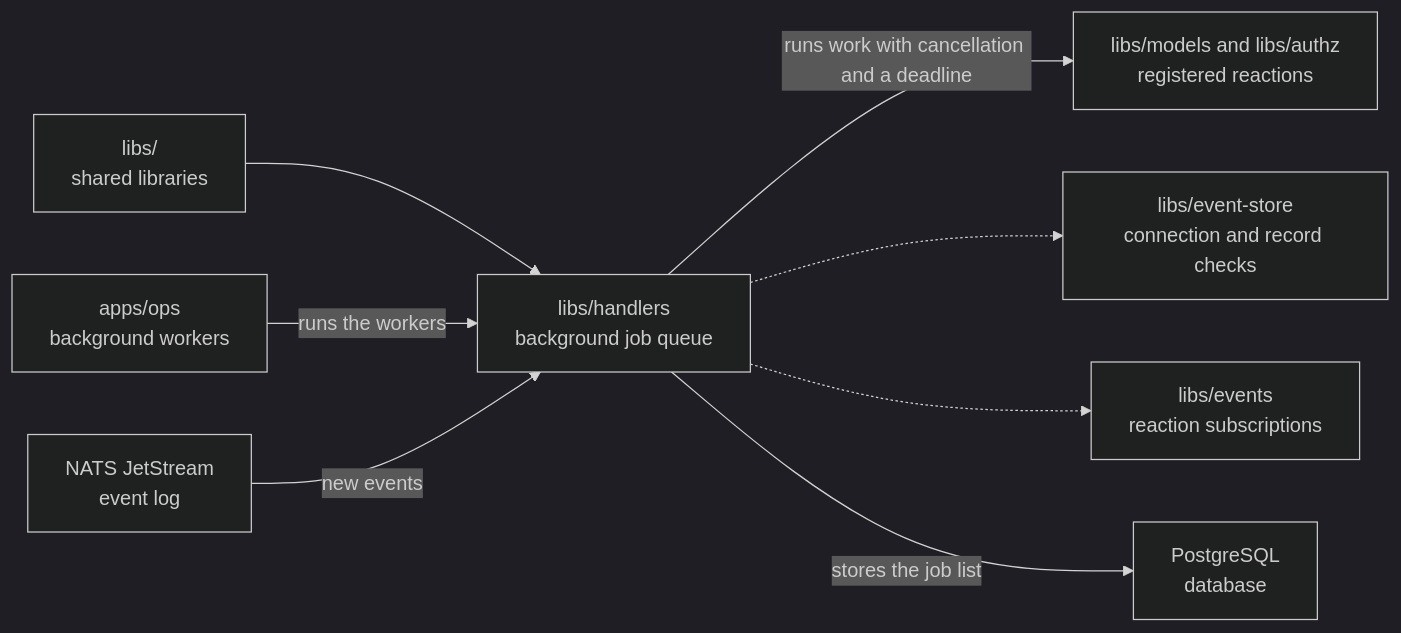
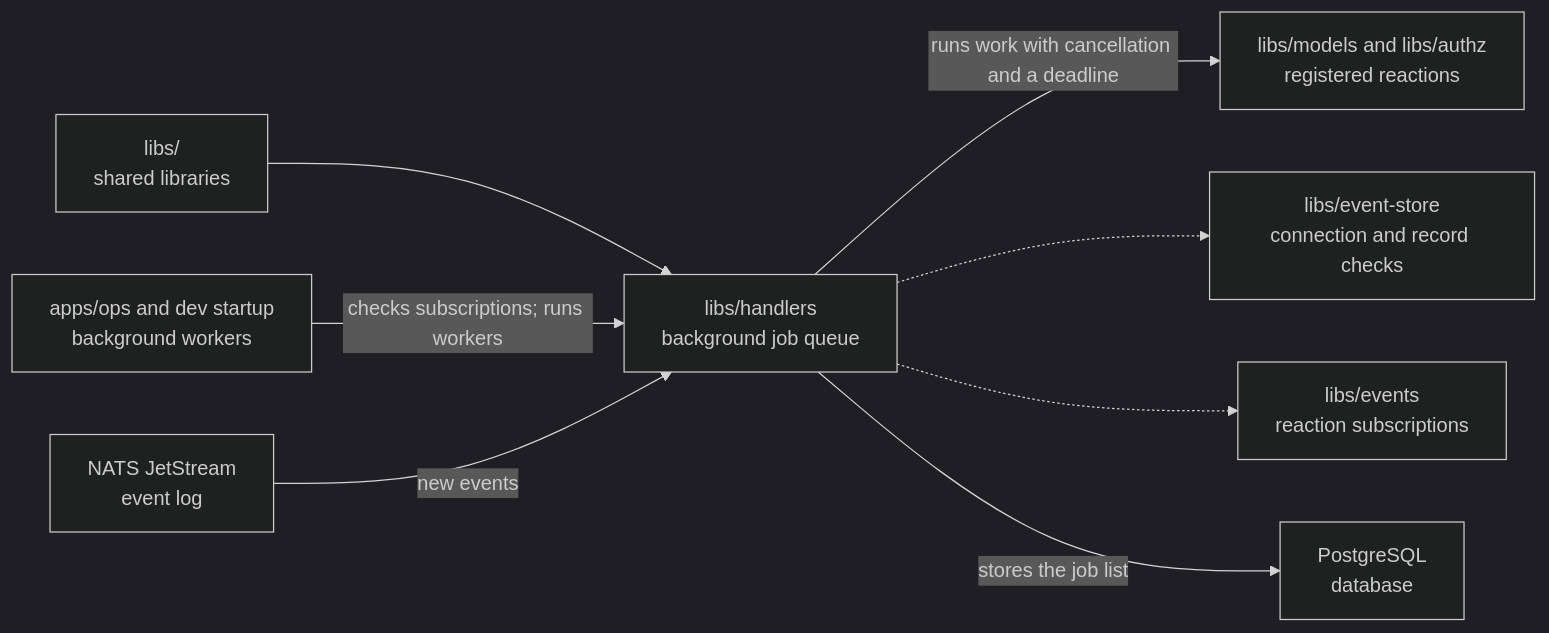
One commit to elewa-git/opencrane-new changed the diagram in libs/handlers/README.md. Above: the diagram before and after it, drawn with Mermaid (dark theme). The commit also changed other lines of this file and 17 other files, not shown here.

````diff
--- a/libs/handlers/README.md
+++ b/libs/handlers/README.md
@@ -20,10 +20,10 @@
 ```mermaid
 flowchart LR
   parent["libs/<br/>shared libraries"] --> handlers["libs/handlers<br/>background job queue"]
-  ops["apps/ops<br/>background workers"] -->|runs the workers| handlers
+  ops["apps/ops and dev startup<br/>background workers"] -->|checks subscriptions; runs workers| handlers
   nats["NATS JetStream<br/>event log"] -->|new events| handlers
   handlers -->|runs work with cancellation and a deadline| reactions["libs/models and libs/authz<br/>registered reactions"]
   handlers -.-> store["libs/event-store<br/>connection and record checks"]
   handlers -.-> events["libs/events<br/>reaction subscriptions"]
   handlers -->|stores the job list| pg["PostgreSQL<br/>database"]
 ```
````
